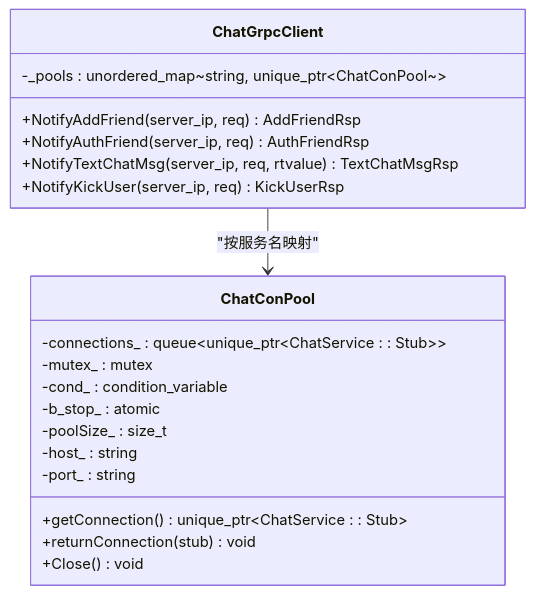
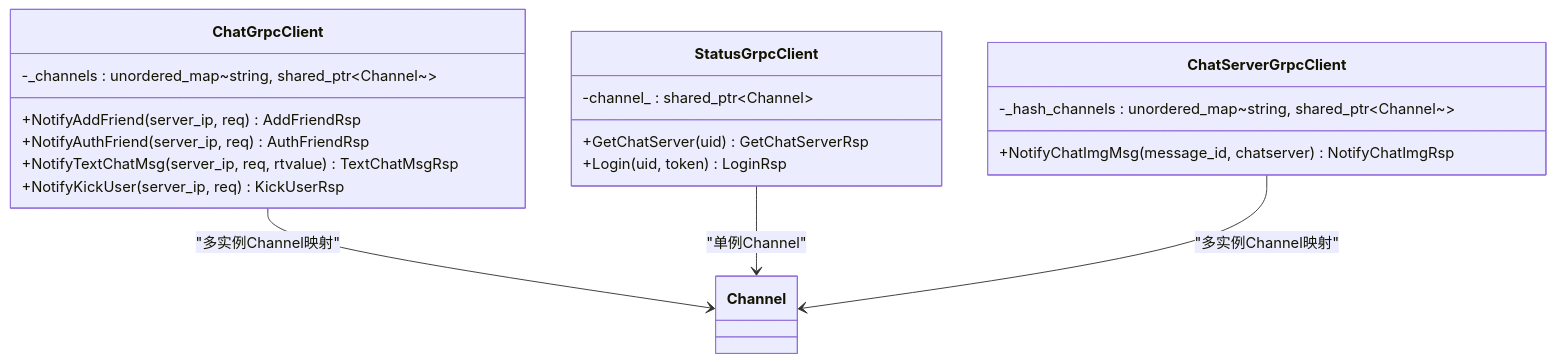
One commit to echo9923/mychatter changed the third of 4 diagrams in .qoder/repowiki/zh/content/性能优化/网络通信优化/gRPC调用优化.md. Above: the diagram before and after it, drawn with Mermaid. The commit also changed other lines of this file and 54 other files, not shown here.

````diff
--- a/.qoder/repowiki/zh/content/性能优化/网络通信优化/gRPC调用优化.md
+++ b/.qoder/repowiki/zh/content/性能优化/网络通信优化/gRPC调用优化.md
@@ -150,23 +159,22 @@
 ```mermaid
 classDiagram
-class ChatConPool {
-+getConnection() unique_ptr~ChatService : : Stub~
-+returnConnection(stub) void
-+Close() void
--connections_ : queue~unique_ptr~ChatService : : Stub~~
--mutex_ : mutex
--cond_ : condition_variable
--b_stop_ : atomic<bool>
--poolSize_ : size_t
--host_ : string
--port_ : string
-}
 class ChatGrpcClient {
 +NotifyAddFriend(server_ip, req) AddFriendRsp
 +NotifyAuthFriend(server_ip, req) AuthFriendRsp
 +NotifyTextChatMsg(server_ip, req, rtvalue) TextChatMsgRsp
 +NotifyKickUser(server_ip, req) KickUserRsp
--_pools : unordered_map~string, unique_ptr~ChatConPool~~
+-_channels : unordered_map~string, shared_ptr~Channel~~
 }
-ChatGrpcClient --> ChatConPool : "按服务名映射"
+class StatusGrpcClient {
++GetChatServer(uid) GetChatServerRsp
++Login(uid, token) LoginRsp
+-channel_ : shared_ptr~Channel~
+}
+class ChatServerGrpcClient {
++NotifyChatImgMsg(message_id, chatserver) NotifyChatImgRsp
+-_hash_channels : unordered_map~string, shared_ptr~Channel~~
+}
+ChatGrpcClient --> Channel : "多实例Channel映射"
+StatusGrpcClient --> Channel : "单例Channel"
+ChatServerGrpcClient --> Channel : "多实例Channel映射"
 ```
````
